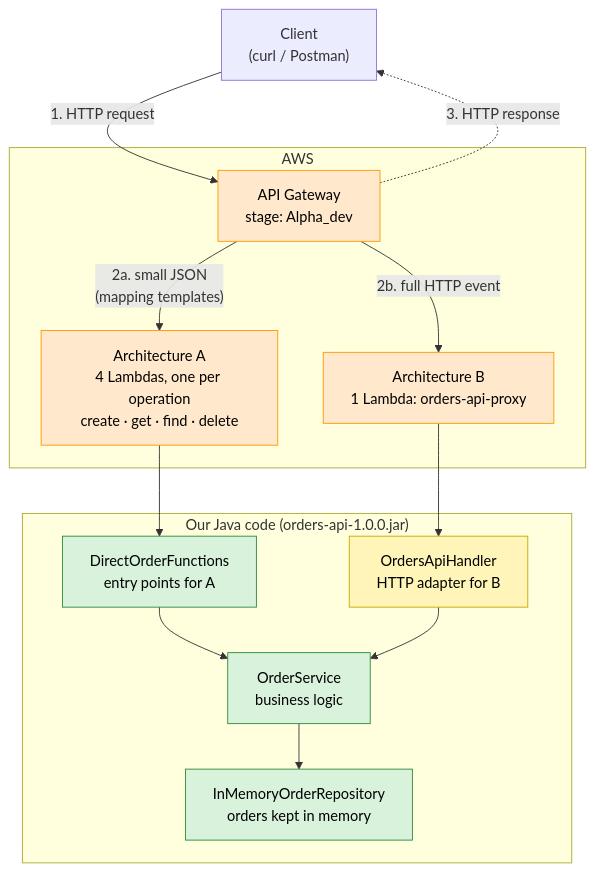
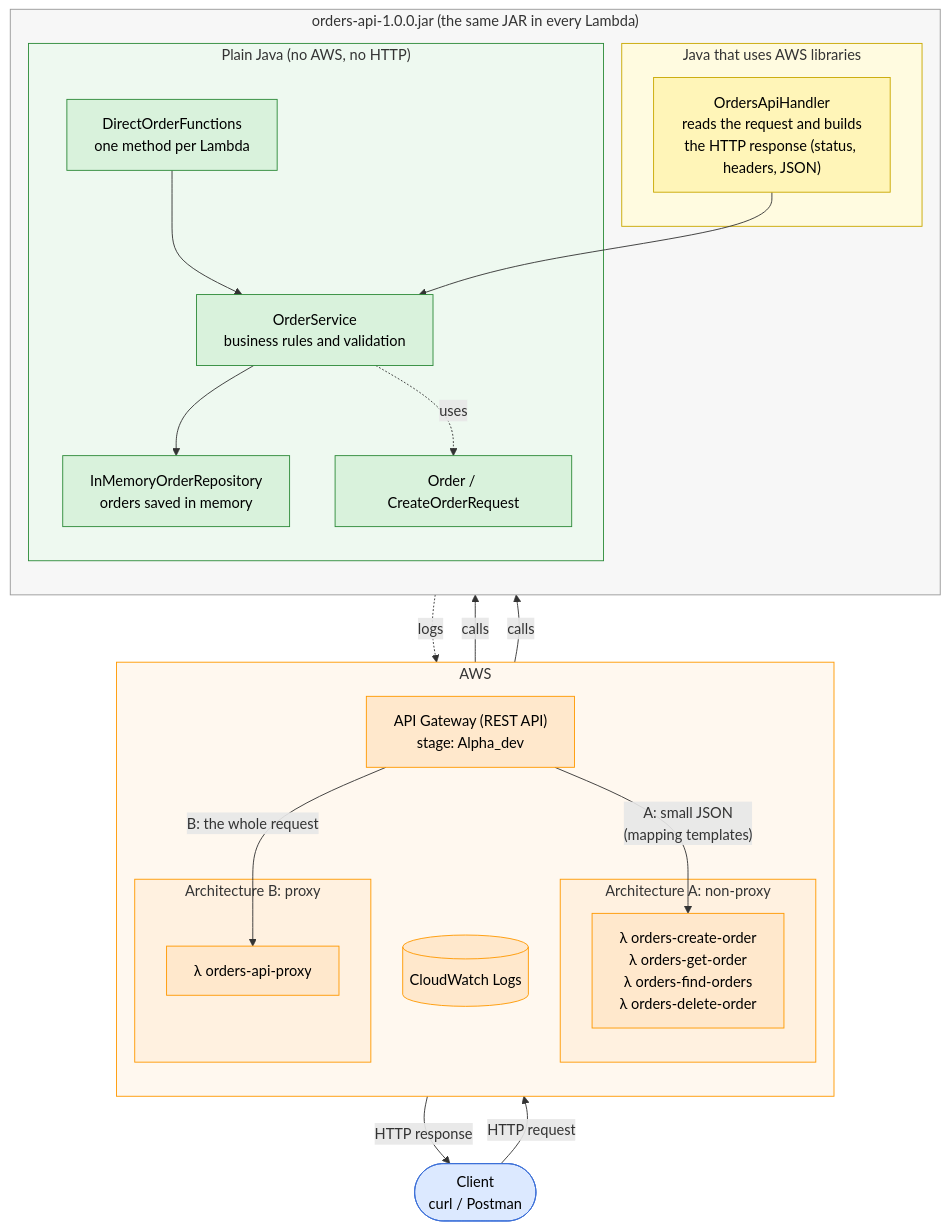
Before and after one commit to Valentina-33/orders-api: the fourth of 4 diagrams in README.md, drawn with Mermaid. The commit also changed other lines of this file, not shown here.

Commit message:
Bring back the detailed diagram, now with colors

````diff
--- a/README.md
+++ b/README.md
@@ -537,34 +537,56 @@
 ```mermaid
 flowchart TB
-    Client["Client<br/>(curl / Postman)"]
+    Client(["Client<br/>curl / Postman"])
 
     subgraph AWS["AWS"]
-        GW["API Gateway<br/>stage: Alpha_dev"]
-        LA["Architecture A<br/>4 Lambdas, one per operation<br/>create · get · find · delete"]
-        LB["Architecture B<br/>1 Lambda: orders-api-proxy"]
+        direction TB
+        GW["API Gateway (REST API)<br/>stage: Alpha_dev"]
+        subgraph A["Architecture A: non-proxy"]
+            LA["λ orders-create-order<br/>λ orders-get-order<br/>λ orders-find-orders<br/>λ orders-delete-order"]
+        end
+        subgraph B["Architecture B: proxy"]
+            LB["λ orders-api-proxy"]
+        end
+        CW[("CloudWatch Logs")]
     end
 
-    subgraph JAVA["Our Java code (orders-api-1.0.0.jar)"]
-        D["DirectOrderFunctions<br/>entry points for A"]
-        H["OrdersApiHandler<br/>HTTP adapter for B"]
-        S["OrderService<br/>business logic"]
-        R["InMemoryOrderRepository<br/>orders kept in memory"]
+    subgraph JAR["orders-api-1.0.0.jar (the same JAR in every Lambda)"]
+        direction TB
+        subgraph AWSJAVA["Java that uses AWS libraries"]
+            H["OrdersApiHandler<br/>reads the request and builds<br/>the HTTP response (status, headers, JSON)"]
+        end
+        subgraph PLAIN["Plain Java (no AWS, no HTTP)"]
+            D["DirectOrderFunctions<br/>one method per Lambda"]
+            S["OrderService<br/>business rules and validation"]
+            R["InMemoryOrderRepository<br/>orders saved in memory"]
+            M["Order / CreateOrderRequest"]
+        end
     end
 
-    Client -->|"1. HTTP request"| GW
-    GW -->|"2a. small JSON<br/>(mapping templates)"| LA
-    GW -->|"2b. full HTTP event"| LB
-    LA --> D
-    LB --> H
+    Client -->|"HTTP request"| GW
+    GW -->|"A: small JSON<br/>(mapping templates)"| LA
+    GW -->|"B: the whole request"| LB
+    LA -->|calls| D
+    LB -->|calls| H
     D --> S
     H --> S
     S --> R
-    GW -.->|"3. HTTP response"| Client
+    S -.uses.-> M
+    H -.logs.-> CW
+    GW -->|"HTTP response"| Client
 
     classDef aws fill:#FFE8CC,stroke:#FF9900,color:#000
     classDef awsJava fill:#FFF5B8,stroke:#C9A800,color:#000
     classDef plain fill:#D9F2DC,stroke:#2E8B3A,color:#000
-    class GW,LA,LB aws
+    classDef client fill:#DCE9FF,stroke:#3B6FD8,color:#000
+    class GW,LA,LB,CW aws
     class H awsJava
-    class D,S,R plain
+    class D,S,R,M plain
+    class Client client
+    style AWS fill:#FFF8EF,stroke:#FF9900
+    style JAR fill:#F7F7F7,stroke:#999
+    style AWSJAVA fill:#FFFBE0,stroke:#C9A800
+    style PLAIN fill:#EEF9F0,stroke:#2E8B3A
+    style A fill:#FFF1E0,stroke:#FF9900
+    style B fill:#FFF1E0,stroke:#FF9900
 ```
````
